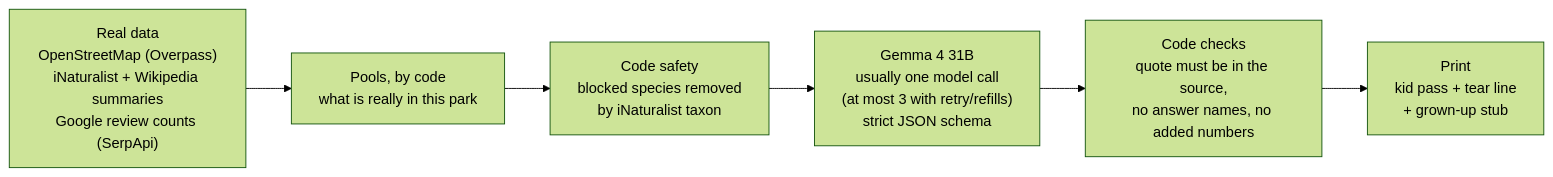
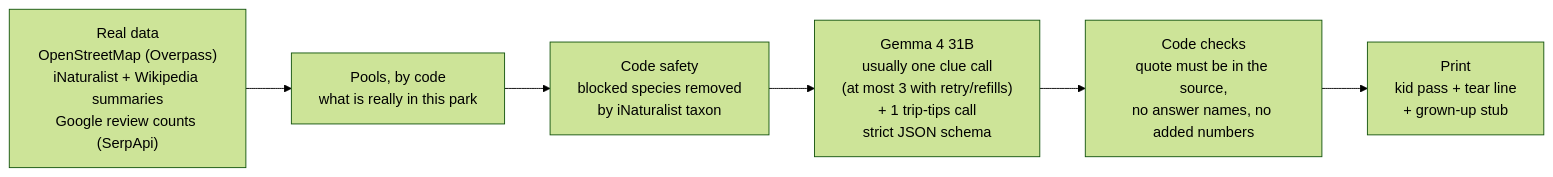
The diagram in README.md (c0de128/grass-pass), drawn with Mermaid (forest theme) before and after one commit. The commit also changed other lines of this file and 9 other files, not shown here.

First line of the commit message:
docs(copy): every model-call count and cost line names the trip-tips call

````diff
--- a/README.md
+++ b/README.md
@@ -51,8 +51,8 @@
 ```mermaid
 flowchart LR
   S["Real data<br/>OpenStreetMap (Overpass)<br/>iNaturalist + Wikipedia summaries<br/>Google review counts (SerpApi)"] --> P["Pools, by code<br/>what is really in this park"]
   P --> F["Code safety<br/>blocked species removed<br/>by iNaturalist taxon"]
-  F --> AI["Gemma 4 31B<br/>usually one model call<br/>(at most 3 with retry/refills)<br/>strict JSON schema"]
+  F --> AI["Gemma 4 31B<br/>usually one clue call<br/>(at most 3 with retry/refills)<br/>+ 1 trip-tips call<br/>strict JSON schema"]
   AI --> V["Code checks<br/>quote must be in the source,<br/>no answer names, no added numbers"]
   V --> PR["Print<br/>kid pass + tear line<br/>+ grown-up stub"]
 ```
````
